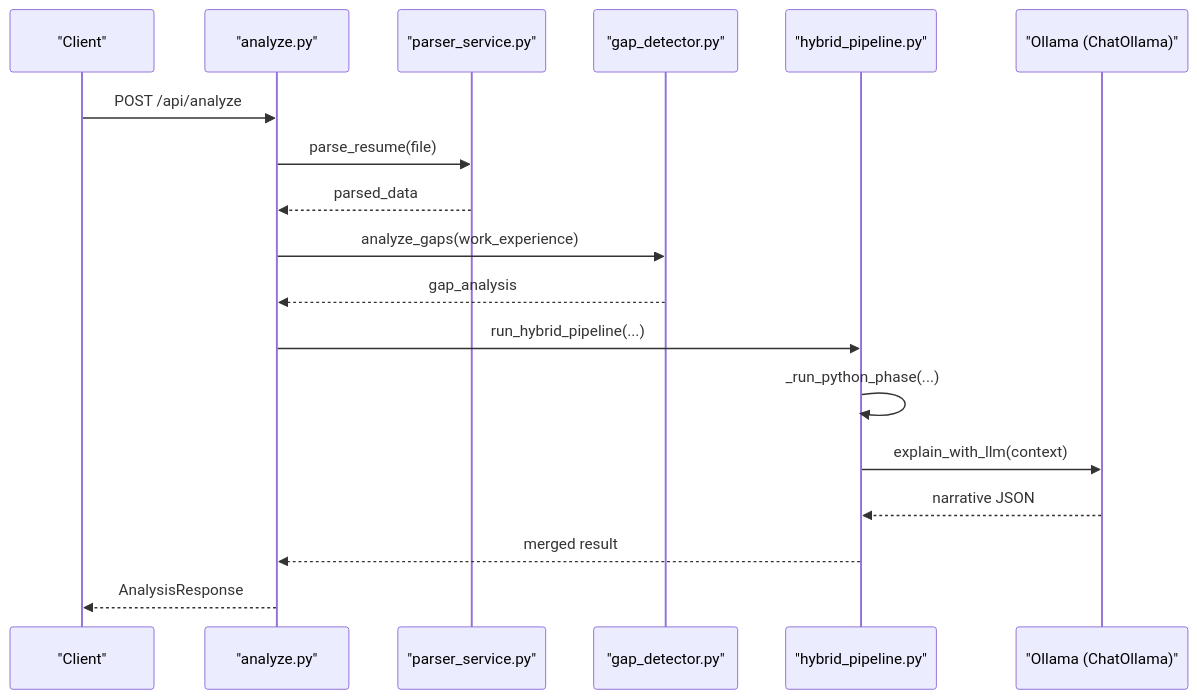
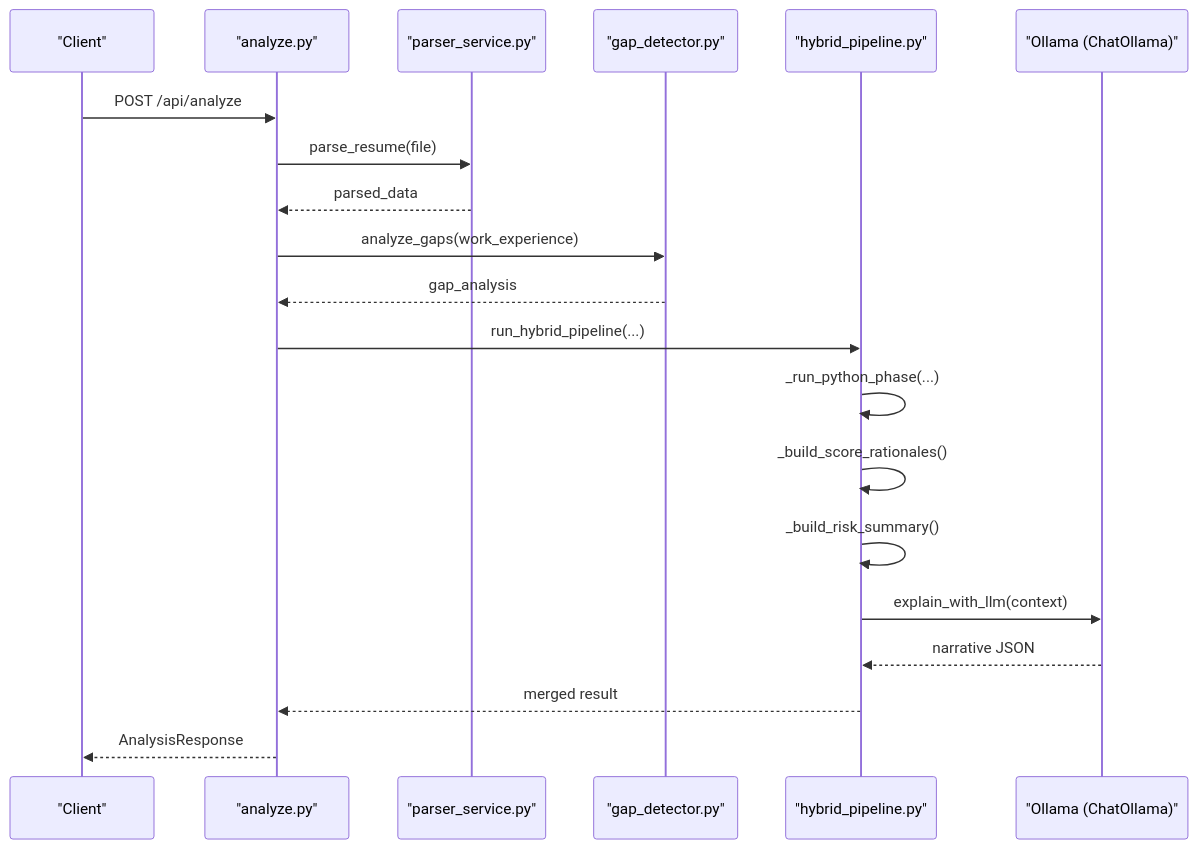
The second of 13 diagrams in .qoder/repowiki/en/content/Analysis Engine/Analysis Engine.md (Revanththetalogics/aireume), drawn with Mermaid before and after one commit. The commit also changed other lines of this file and 33 other files, not shown here.

````diff
--- a/.qoder/repowiki/en/content/Analysis Engine/Analysis Engine.md
+++ b/.qoder/repowiki/en/content/Analysis Engine/Analysis Engine.md
@@ -112,20 +116,22 @@
 ```mermaid
 sequenceDiagram
 participant Client as "Client"
 participant Route as "analyze.py"
 participant Parser as "parser_service.py"
 participant Gap as "gap_detector.py"
 participant Hybrid as "hybrid_pipeline.py"
 participant LLM as "Ollama (ChatOllama)"
 Client->>Route : POST /api/analyze
 Route->>Parser : parse_resume(file)
 Parser-->>Route : parsed_data
 Route->>Gap : analyze_gaps(work_experience)
 Gap-->>Route : gap_analysis
 Route->>Hybrid : run_hybrid_pipeline(...)
 Hybrid->>Hybrid : _run_python_phase(...)
+Hybrid->>Hybrid : _build_score_rationales()
+Hybrid->>Hybrid : _build_risk_summary()
 Hybrid->>LLM : explain_with_llm(context)
 LLM-->>Hybrid : narrative JSON
 Hybrid-->>Route : merged result
 Route-->>Client : AnalysisResponse
 ```
````
